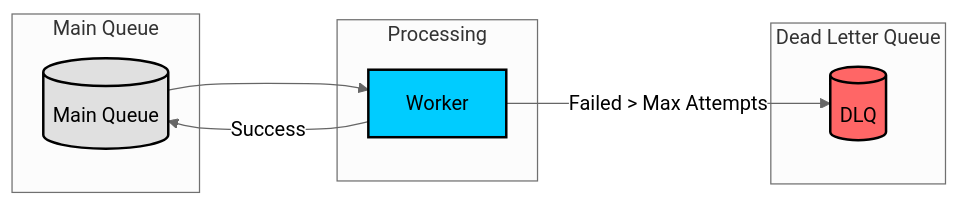
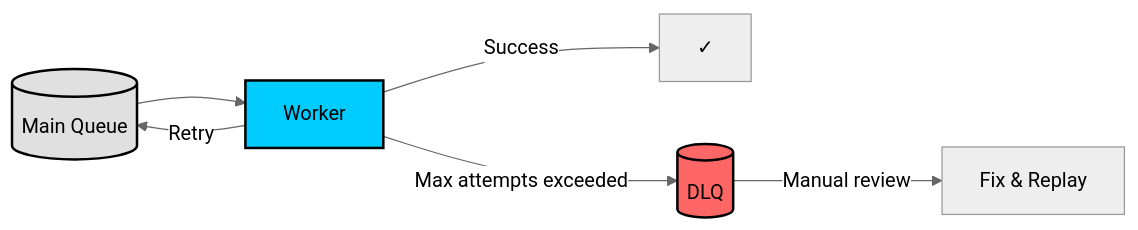
Before and after one commit to sujeet-pro/legacy-personal-site: the fifth of 8 diagrams in v4/content/articles/programming-patterns/javascript-patterns/async-queue-pattern/README.md, drawn with Mermaid (neutral theme). The commit also changed other lines of this file and 115 other files, not shown here.

````diff
--- a/v4/content/articles/programming-patterns/javascript-patterns/async-queue-pattern/README.md
+++ b/v4/content/articles/programming-patterns/javascript-patterns/async-queue-pattern/README.md
@@ -340,26 +384,16 @@
 ```mermaid
 graph LR
-    subgraph "Main Queue"
-        MQ[(Main Queue)]
-    end
-
-    subgraph "Processing"
-        W[Worker]
-    end
-
-    subgraph "Dead Letter Queue"
-        DLQ[(DLQ)]
-    end
-
-    MQ --> W
-    W -->|Success| MQ
-    W -->|Failed > Max Attempts| DLQ
+    MQ[(Main Queue)] --> W[Worker]
+    W -->|Success| Done[✓]
+    W -->|Retry| MQ
+    W -->|Max attempts exceeded| DLQ[(DLQ)]
+    DLQ -->|Manual review| Fix[Fix & Replay]
 
     classDef queueClass fill:#e0e0e0,stroke:#000,stroke-width:2px
     classDef workerClass fill:#00ccff,stroke:#000,stroke-width:2px
     classDef dlqClass fill:#ff6666,stroke:#000,stroke-width:2px
 
     class MQ queueClass
     class W workerClass
     class DLQ dlqClass
 ```
````
